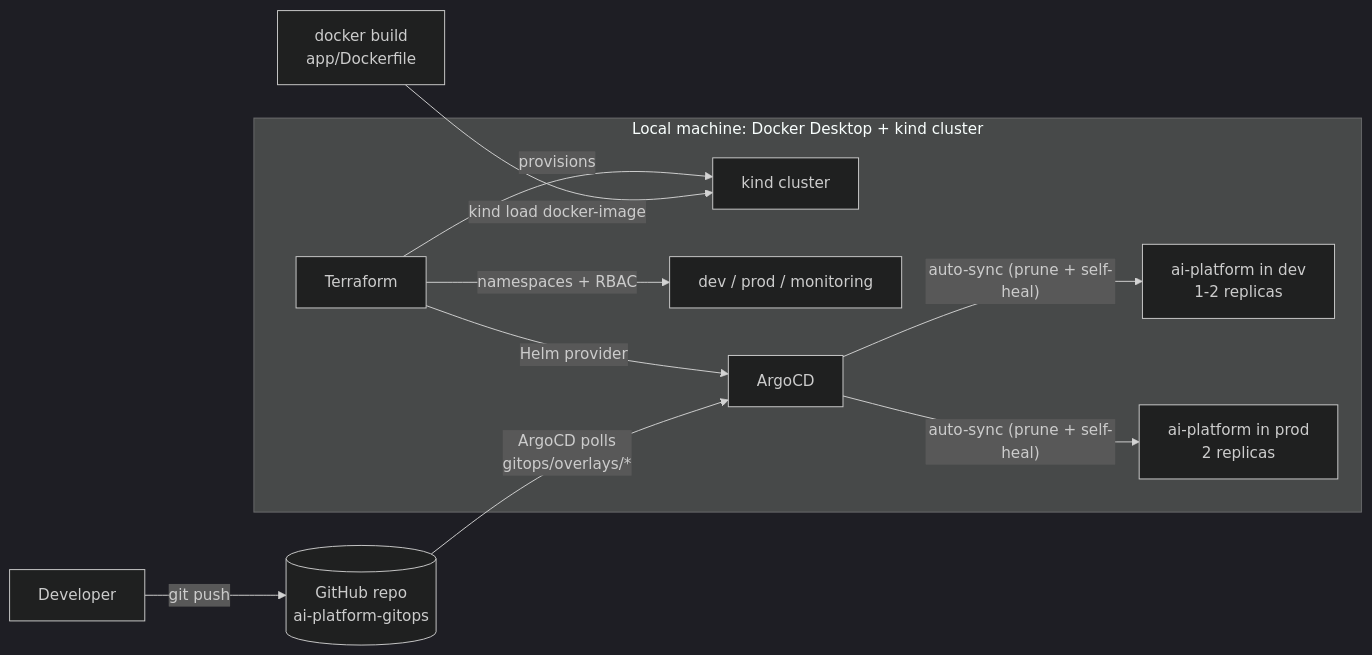
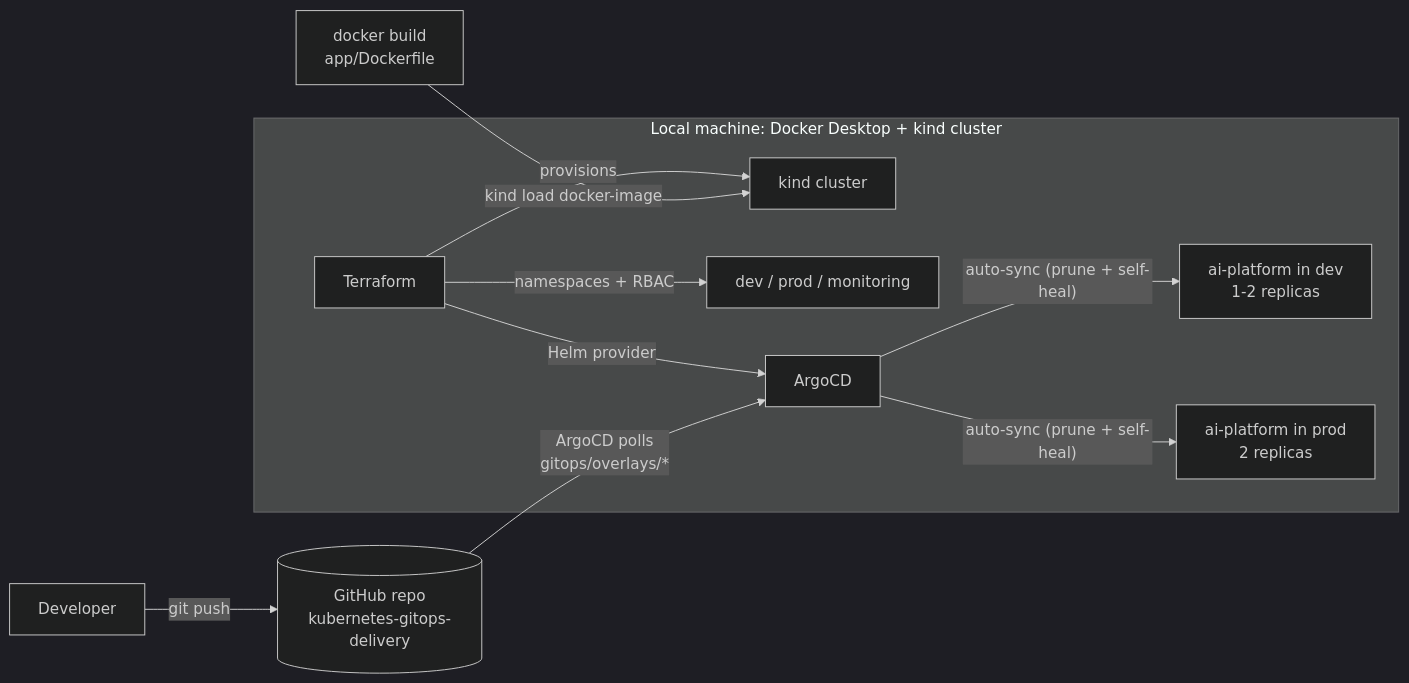
The first of 2 diagrams in README.md (VishalGawale/kubernetes-gitops-delivery), drawn with Mermaid (dark theme) before and after one commit. The commit also changed other lines of this file and 3 other files, not shown here.

````diff
--- a/README.md
+++ b/README.md
@@ -9,16 +9,16 @@
 ```mermaid
 flowchart LR
-    dev["Developer"] -->|git push| repo[("GitHub repo<br/>ai-platform-gitops")]
+    dev["Developer"] -->|git push| repo[("GitHub repo<br/>kubernetes-gitops-delivery")]
 
     subgraph local["Local machine: Docker Desktop + kind cluster"]
         tf["Terraform"] -->|provisions| cluster["kind cluster"]
         tf -->|"namespaces + RBAC"| ns["dev / prod / monitoring"]
         tf -->|"Helm provider"| argo["ArgoCD"]
 
         argo -->|"auto-sync (prune + self-heal)"| devapp["ai-platform in dev<br/>1-2 replicas"]
         argo -->|"auto-sync (prune + self-heal)"| prodapp["ai-platform in prod<br/>2 replicas"]
     end
 
     repo -->|"ArgoCD polls<br/>gitops/overlays/*"| argo
     docker["docker build<br/>app/Dockerfile"] -->|"kind load docker-image"| cluster
 ```
````
